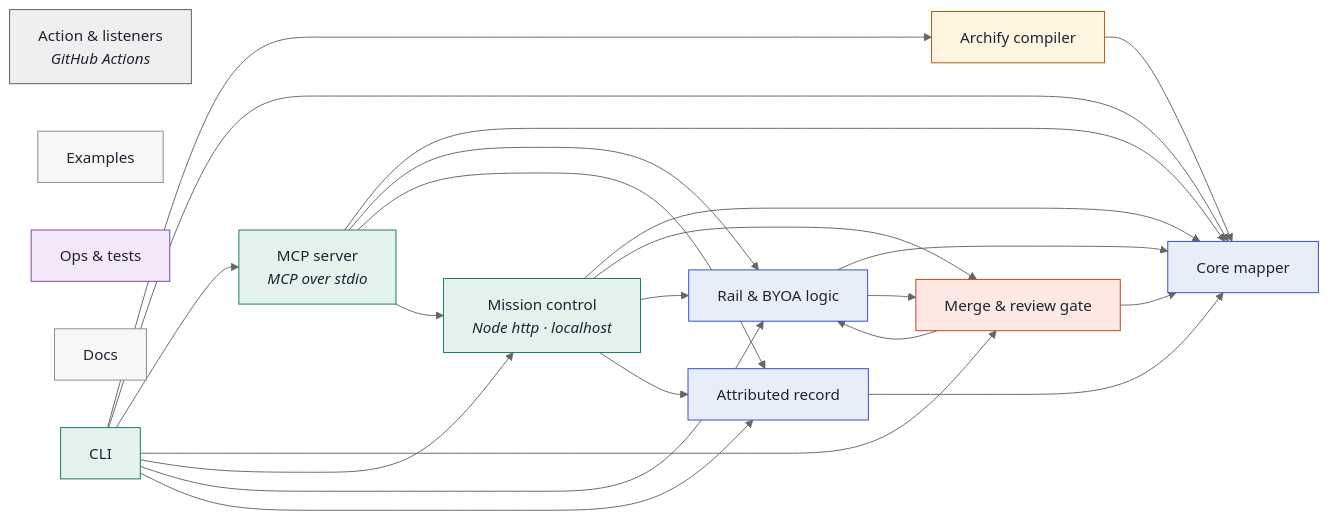
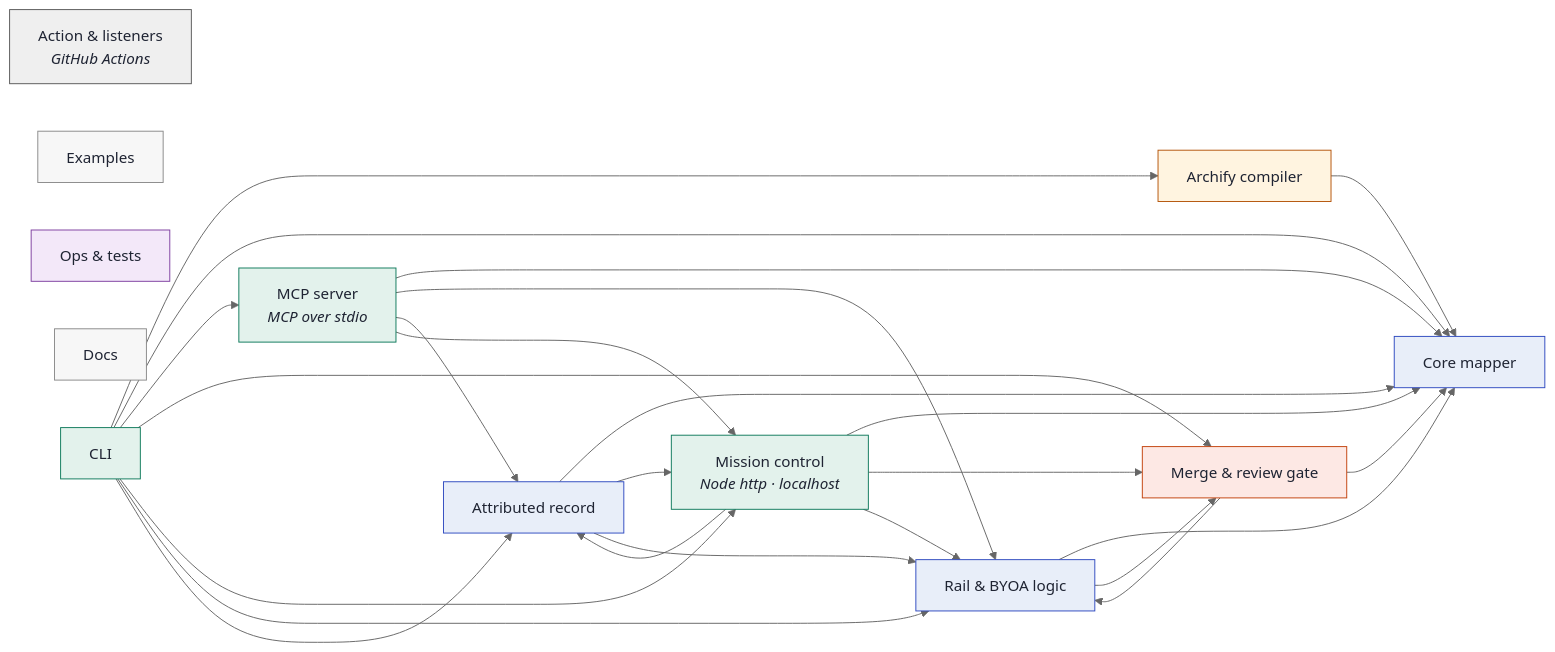
One commit to tapaskar/archwhere changed the diagram in ARCHITECTURE.md. Above: the diagram before and after it, drawn with Mermaid (neutral theme). The commit also changed 1 other file, not shown here.

Commit message:
chore: resolve the rebase onto main, and declare record's real deps
The model merge: PR #4 splits bin/** out of core into a new `cli` component and
adds `merge-gate`; main since added `mcp`, `record`, lib/collide.js and
lib/signals.js. Both structures are kept — cli owns bin/**, core keeps the
library side, and cli depends on record and mcp too. Flows from both sides
survive: ask-owner, claim-review-signoff and merge.

PR #4's new dependency check then caught something real and pre-existing:
lib/record-cli.js requires ./gh and ./rail, so record depends on mission and
rail, which the model never said. Declared.

bin/archwhere.js and lib/mission.js conflicted only because both sides added
lines; both kept. README keeps main's command list with PR #4's
`check --base` line folded in, and main's fuller OnMemory section.
ARCHITECTURE.md regenerated rather than merged.

Tests 255 pass, map clean with no dependency warnings.

````diff
--- a/ARCHITECTURE.md
+++ b/ARCHITECTURE.md
@@ -5,52 +5,54 @@
 ```mermaid
 flowchart LR
   core["Core mapper"]
   rail["Rail & BYOA logic"]
   record["Attributed record"]
   mcp["MCP server<br/><i>MCP over stdio</i>"]
   mission["Mission control<br/><i>Node http · localhost</i>"]
   archify["Archify compiler"]
   integrations["Action & listeners<br/><i>GitHub Actions</i>"]
   examples["Examples"]
   ops["Ops & tests"]
   docs["Docs"]
   merge-gate["Merge & review gate"]
   cli["CLI"]
   rail --> core
   rail --> merge-gate
   record --> core
+  record --> mission
+  record --> rail
   mcp --> core
   mcp --> rail
   mcp --> record
   mcp --> mission
   mission --> core
   mission --> merge-gate
   mission --> rail
   mission --> record
   archify --> core
   merge-gate --> core
   merge-gate --> rail
   cli --> archify
   cli --> core
   cli --> mcp
   cli --> merge-gate
   cli --> mission
   cli --> rail
   cli --> record
   classDef core fill:#E8EEF9,stroke:#2F4AC0,color:#1F2433
   classDef security fill:#FDE8E4,stroke:#C2410C,color:#1F2433
   classDef feature fill:#FFF4E0,stroke:#B45309,color:#1F2433
   classDef infra fill:#EFEFEF,stroke:#595959,color:#1F2433
   classDef product fill:#E3F2EC,stroke:#0F7A5C,color:#1F2433
   classDef ops fill:#F3E8F9,stroke:#7E3FA0,color:#1F2433
   classDef docs fill:#F7F7F7,stroke:#8A8A8A,color:#1F2433
   classDef other fill:#F2F2EF,stroke:#777,color:#1F2433
   classDef touched fill:#F7B32B,stroke:#1F2433,stroke-width:3px,color:#1F2433
   class core,rail,record core
   class mcp,mission,cli product
   class archify feature
   class integrations infra
   class examples,docs docs
   class ops ops
   class merge-gate security
 ```
````
